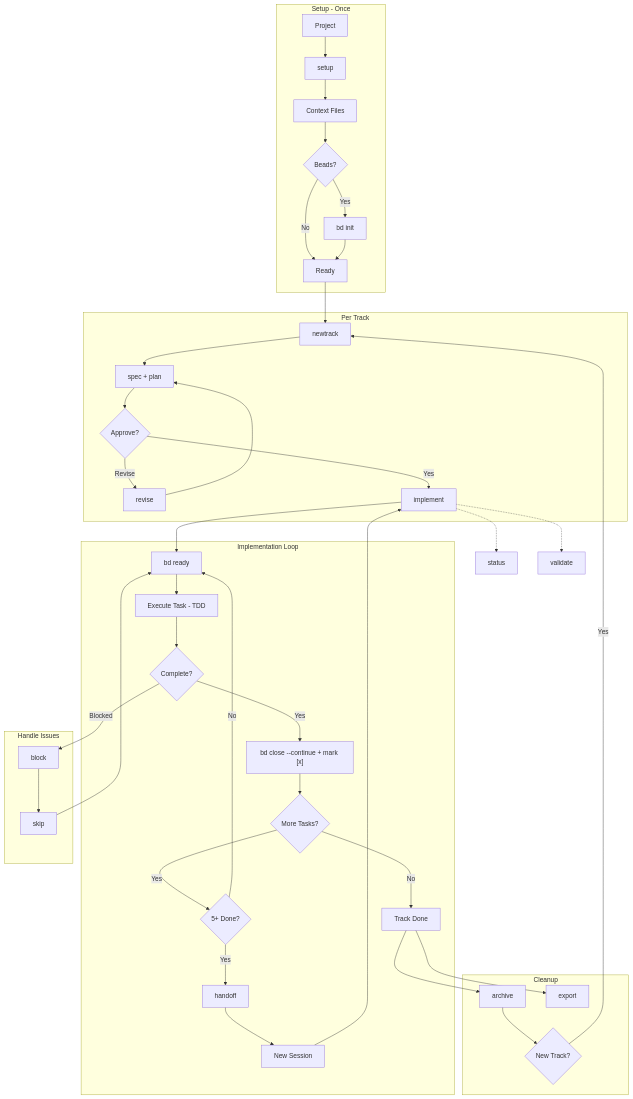
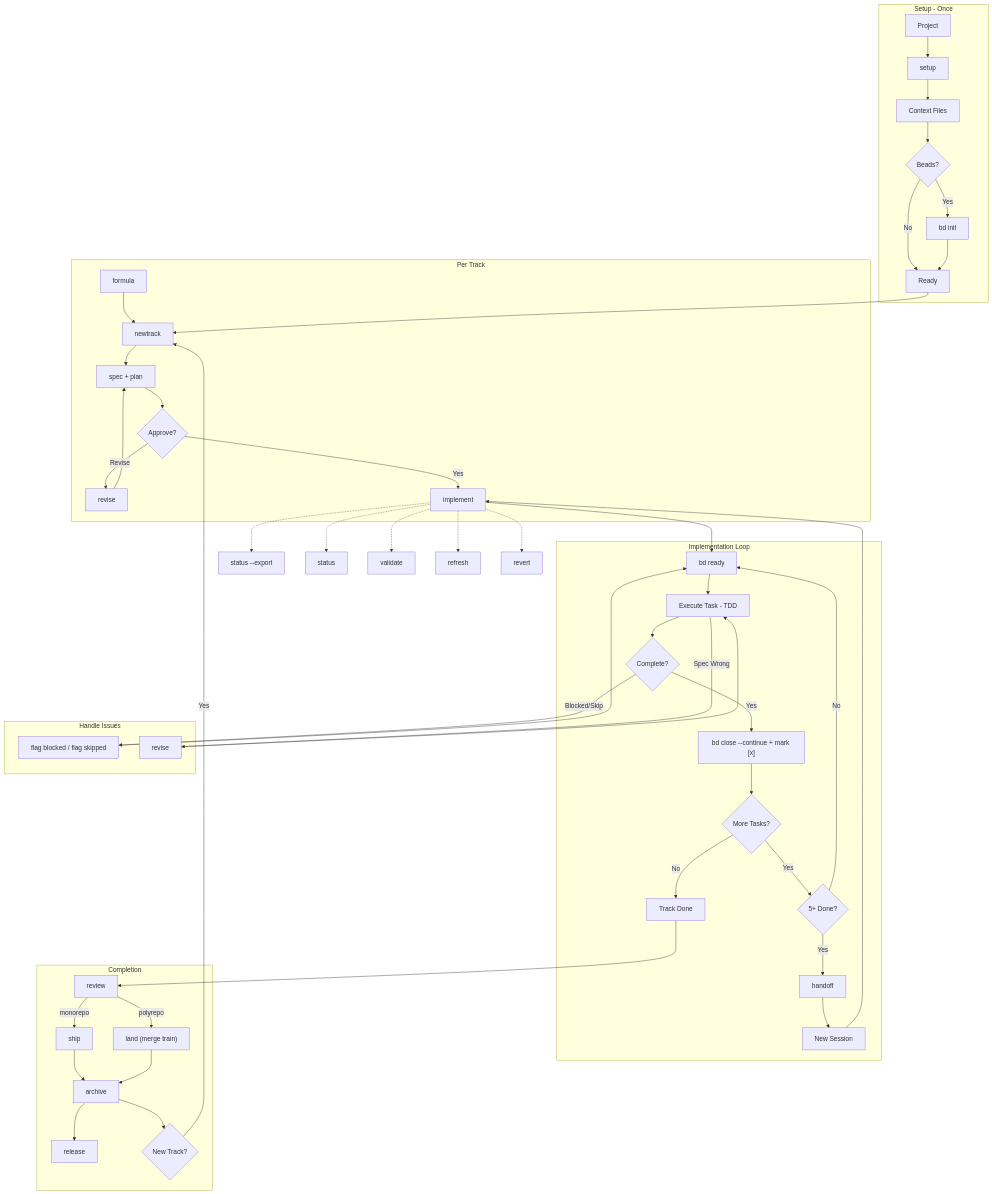
Before and after one commit to vishal-kr-barnwal/cadre: the diagram in docs/manual-workflow-guide.md, drawn with Mermaid. The commit also changed other lines of this file and 4 other files, not shown here.

First line of the commit message:
docs: sync workflow diagrams + command lists with the 16-command set

````diff
--- a/docs/manual-workflow-guide.md
+++ b/docs/manual-workflow-guide.md
@@ -7,50 +7,59 @@
 ```mermaid
 flowchart TD
     subgraph SETUP[Setup - Once]
         A[Project] --> B["setup"]
         B --> C[Context Files]
         C --> D{"Beads?"}
         D -->|Yes| E["bd init"]
         D -->|No| F[Ready]
         E --> F
     end
 
     subgraph TRACK[Per Track]
-        F --> G["newtrack"]
+        FM["formula"] --> G["newtrack"]
+        F --> G
         G --> H[spec + plan]
         H --> I{Approve?}
         I -->|Revise| J["revise"]
         J --> H
         I -->|Yes| K["implement"]
     end
 
     subgraph IMPL[Implementation Loop]
         K --> L["bd ready"]
         L --> M[Execute Task - TDD]
         M --> N{Complete?}
         N -->|Yes| O["bd close --continue + mark [x]"]
         O --> P{More Tasks?}
         P -->|Yes| Q{5+ Done?}
         Q -->|Yes| R["handoff"]
         R --> S[New Session]
         S --> K
         Q -->|No| L
         P -->|No| T[Track Done]
     end
 
     subgraph ISSUES[Handle Issues]
-        N -->|Blocked| U["block"]
-        U --> V["skip"]
-        V --> L
+        N -->|Blocked/Skip| U["flag blocked / flag skipped"]
+        U --> L
+        M -->|Spec Wrong| RVS["revise"]
+        RVS --> M
     end
 
-    subgraph DONE[Cleanup]
-        T --> W["archive"]
-        T --> X["export"]
+    subgraph DONE[Completion]
+        T --> RV["review"]
+        RV -->|monorepo| SH["ship"]
+        RV -->|polyrepo| LD["land (merge train)"]
+        SH --> W["archive"]
+        LD --> W
+        W --> RL["release"]
         W --> Y{New Track?}
         Y -->|Yes| G
     end
 
+    K -.-> X["status --export"]
     K -.-> Z["status"]
     K -.-> AA["validate"]
+    K -.-> RFR["refresh"]
+    K -.-> RVT["revert"]
 ```
````
